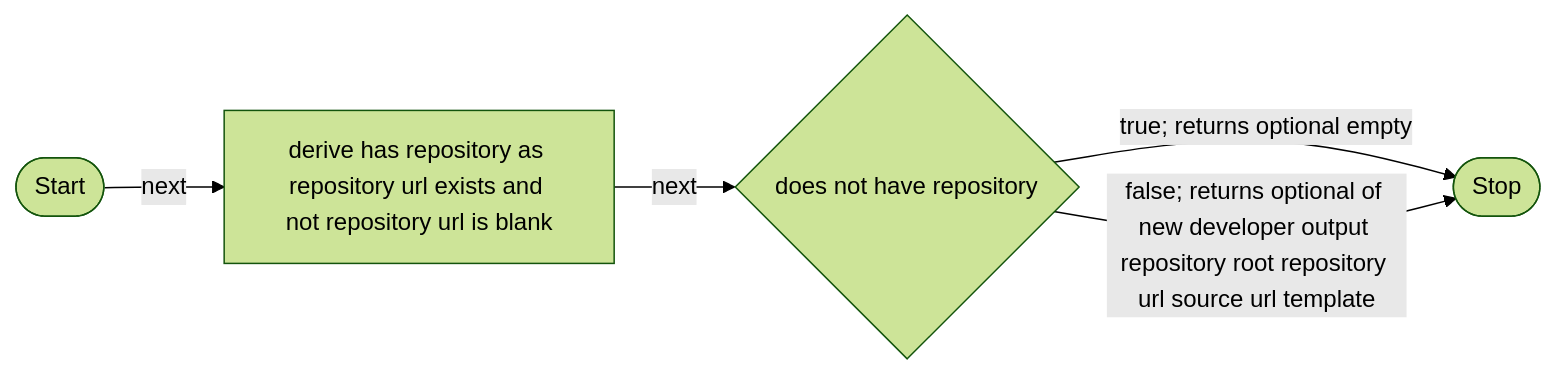
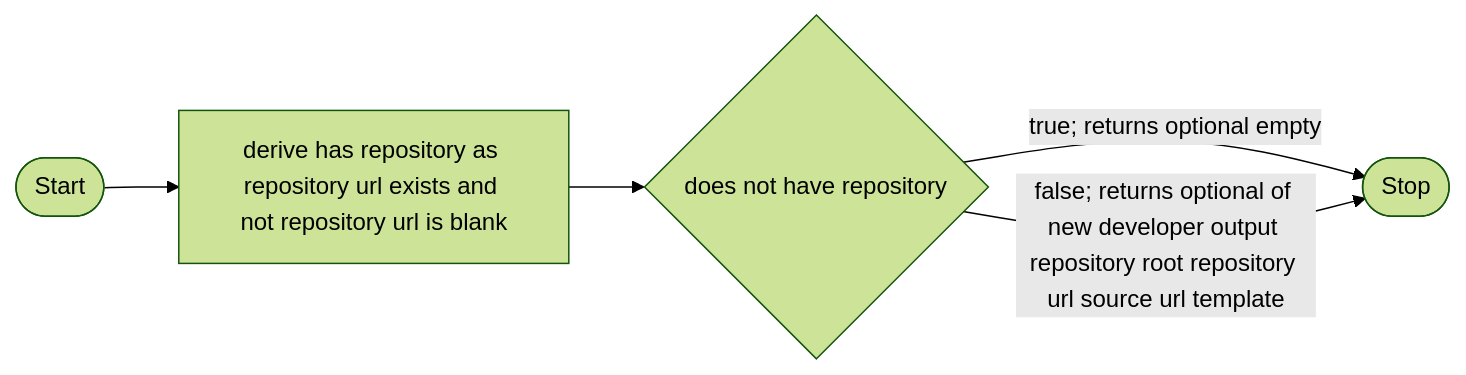
One commit to Gepardec/businesstracing changed the diagram in docs/self-tracing.md. Above: the diagram before and after it, drawn with Mermaid (forest theme). The commit also changed 19 other files, not shown here.

Commit message:
Hide redundant next labels in diagrams

````diff
--- a/docs/self-tracing.md
+++ b/docs/self-tracing.md
@@ -22,11 +22,11 @@
 ```mermaid
 flowchart LR
     n1(["Start"])
     n2["derive has repository as repository url exists and not repository url is blank"]
     n3{"does not have repository"}
     n4(["Stop"])
-    n1 -->|"next"| n2
-    n2 -->|"next"| n3
+    n1 --> n2
+    n2 --> n3
     n3 -->|"true; returns optional empty"| n4
     n3 -->|"false; returns optional of new developer output repository root repository url source url template"| n4
 ```
````
